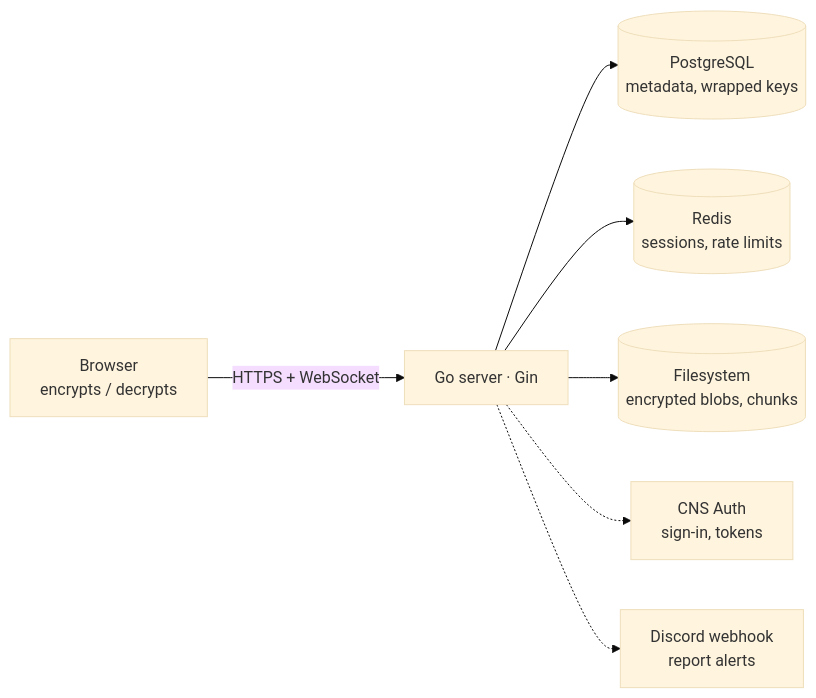
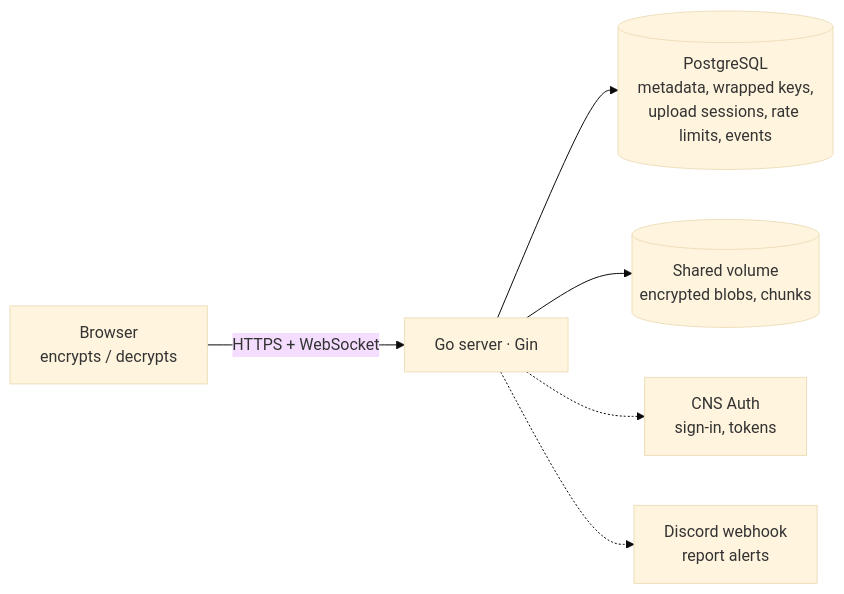
Before and after one commit to cns-studios/Sendly: the diagram in docs/ARCHITECTURE.md, drawn with Mermaid (base theme). The commit also changed other lines of this file and 61 other files, not shown here.

````diff
--- a/docs/ARCHITECTURE.md
+++ b/docs/ARCHITECTURE.md
@@ -9,9 +9,8 @@
 ```mermaid
 flowchart LR
     B[Browser<br/>encrypts / decrypts] -->|HTTPS + WebSocket| S[Go server · Gin]
-    S --> P[(PostgreSQL<br/>metadata, wrapped keys)]
-    S --> R[(Redis<br/>sessions, rate limits)]
-    S --> F[(Filesystem<br/>encrypted blobs, chunks)]
+    S --> P[(PostgreSQL<br/>metadata, wrapped keys,<br/>upload sessions, rate limits, events)]
+    S --> F[(Shared volume<br/>encrypted blobs, chunks)]
     S -.-> C[CNS Auth<br/>sign-in, tokens]
     S -.-> D[Discord webhook<br/>report alerts]
 ```
````
